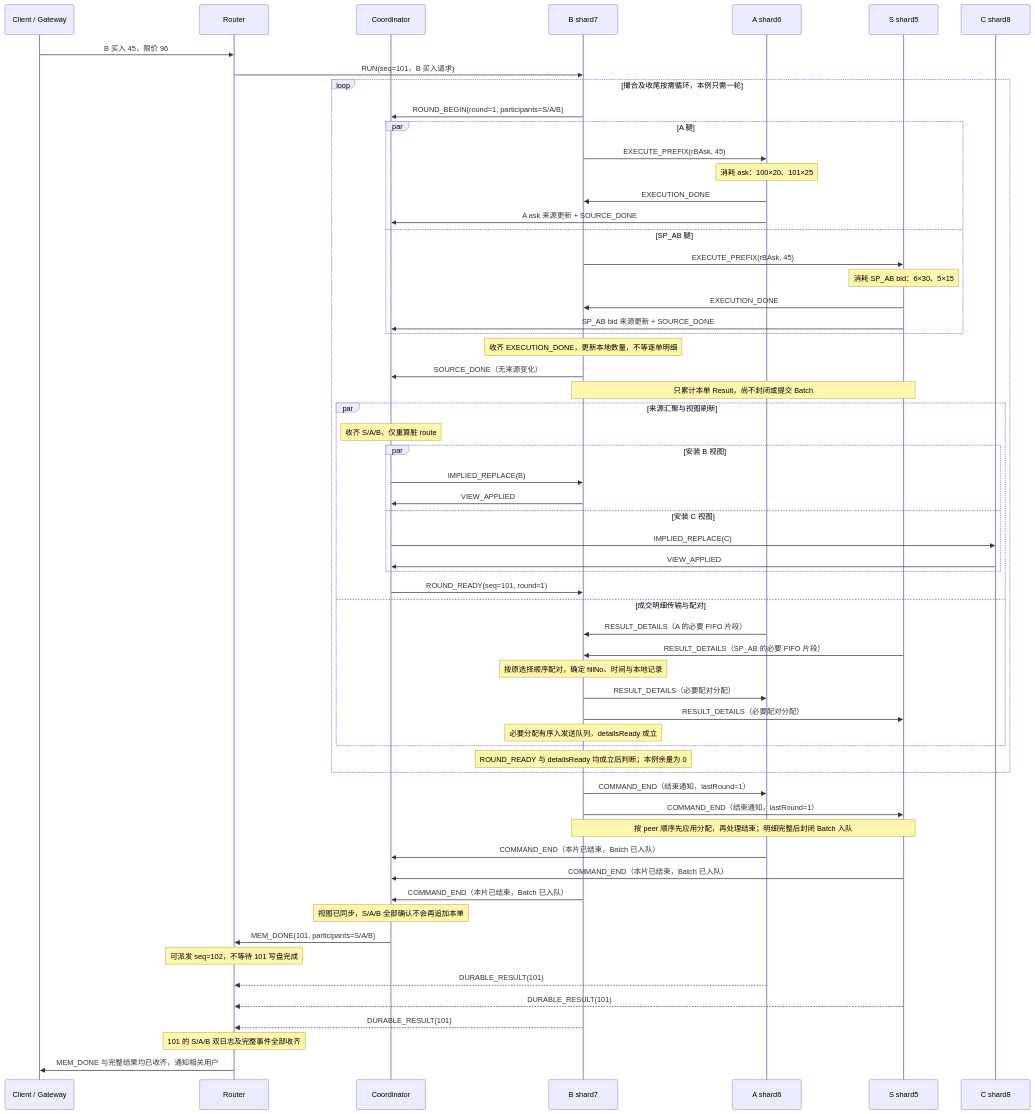
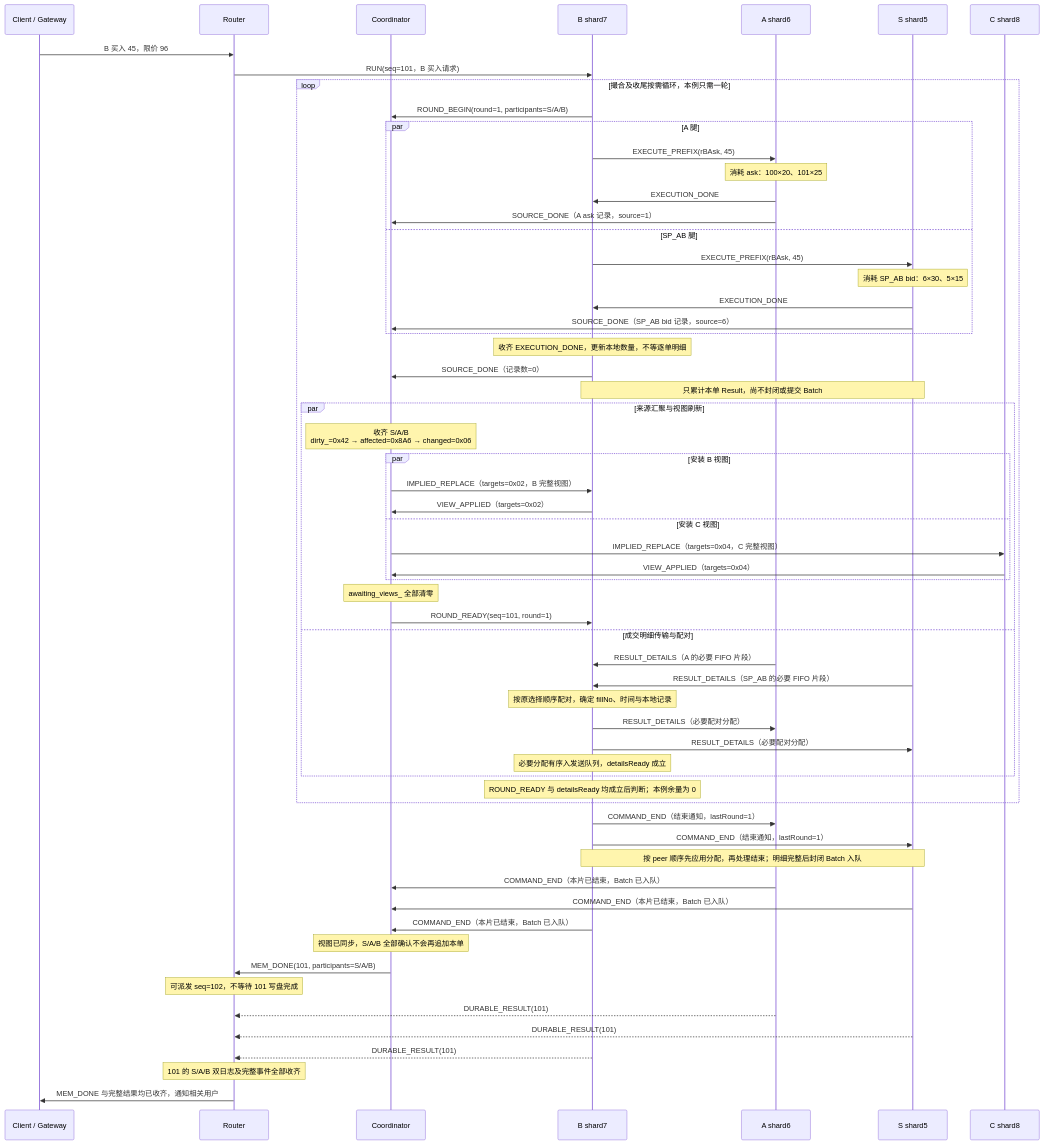
Before and after one commit to GranthyGu/Jump_market_lab: the second of 2 diagrams in docs/task3_spreads/01_peer_updates_and_durable_publication.md, drawn with Mermaid. The commit also changed other lines of this file, not shown here.

````diff
--- a/docs/task3_spreads/01_peer_updates_and_durable_publication.md
+++ b/docs/task3_spreads/01_peer_updates_and_durable_publication.md
@@ -426,62 +468,63 @@
 ```mermaid
 sequenceDiagram
     participant U as Client / Gateway
     participant R as Router
     participant K as Coordinator
     participant B as B shard7
     participant A as A shard6
     participant S as S shard5
     participant C as C shard8
     U->>R: B 买入 45，限价 96
     R->>B: RUN(seq=101，B 买入请求)
     loop 撮合及收尾按需循环，本例只需一轮
         B->>K: ROUND_BEGIN(round=1, participants=S/A/B)
         par A 腿
             B->>A: EXECUTE_PREFIX(rBAsk, 45)
             Note over A: 消耗 ask：100×20、101×25
             A->>B: EXECUTION_DONE
-            A->>K: A ask 来源更新 + SOURCE_DONE
+            A->>K: SOURCE_DONE（A ask 记录，source=1）
         and SP_AB 腿
             B->>S: EXECUTE_PREFIX(rBAsk, 45)
             Note over S: 消耗 SP_AB bid：6×30、5×15
             S->>B: EXECUTION_DONE
-            S->>K: SP_AB bid 来源更新 + SOURCE_DONE
+            S->>K: SOURCE_DONE（SP_AB bid 记录，source=6）
         end
         Note over B: 收齐 EXECUTION_DONE，更新本地数量，不等逐单明细
-        B->>K: SOURCE_DONE（无来源变化）
+        B->>K: SOURCE_DONE（记录数=0）
         Note over B,S: 只累计本单 Result，尚不封闭或提交 Batch
         par 来源汇聚与视图刷新
-            Note over K: 收齐 S/A/B，仅重算脏 route
+            Note over K: 收齐 S/A/B<br/>dirty_=0x42 → affected=0x8A6 → changed=0x06
             par 安装 B 视图
-                K->>B: IMPLIED_REPLACE(B)
-                B->>K: VIEW_APPLIED
+                K->>B: IMPLIED_REPLACE（targets=0x02，B 完整视图）
+                B->>K: VIEW_APPLIED（targets=0x02）
             and 安装 C 视图
-                K->>C: IMPLIED_REPLACE(C)
-                C->>K: VIEW_APPLIED
+                K->>C: IMPLIED_REPLACE（targets=0x04，C 完整视图）
+                C->>K: VIEW_APPLIED（targets=0x04）
             end
+            Note over K: awaiting_views_ 全部清零
             K->>B: ROUND_READY(seq=101, round=1)
         and 成交明细传输与配对
             A->>B: RESULT_DETAILS（A 的必要 FIFO 片段）
             S->>B: RESULT_DETAILS（SP_AB 的必要 FIFO 片段）
             Note over B: 按原选择顺序配对，确定 fillNo、时间与本地记录
             B->>A: RESULT_DETAILS（必要配对分配）
             B->>S: RESULT_DETAILS（必要配对分配）
             Note over B: 必要分配有序入发送队列，detailsReady 成立
         end
         Note over B: ROUND_READY 与 detailsReady 均成立后判断；本例余量为 0
     end
     B->>A: COMMAND_END（结束通知，lastRound=1）
     B->>S: COMMAND_END（结束通知，lastRound=1）
     Note over B,S: 按 peer 顺序先应用分配，再处理结束；明细完整后封闭 Batch 入队
     A->>K: COMMAND_END（本片已结束，Batch 已入队）
     S->>K: COMMAND_END（本片已结束，Batch 已入队）
     B->>K: COMMAND_END（本片已结束，Batch 已入队）
     Note over K: 视图已同步，S/A/B 全部确认不会再追加本单
     K->>R: MEM_DONE(101, participants=S/A/B)
     Note over R: 可派发 seq=102，不等待 101 写盘完成
     A-->>R: DURABLE_RESULT(101)
     S-->>R: DURABLE_RESULT(101)
     B-->>R: DURABLE_RESULT(101)
     Note over R: 101 的 S/A/B 双日志及完整事件全部收齐
     R->>U: MEM_DONE 与完整结果均已收齐，通知相关用户
 ```
````
